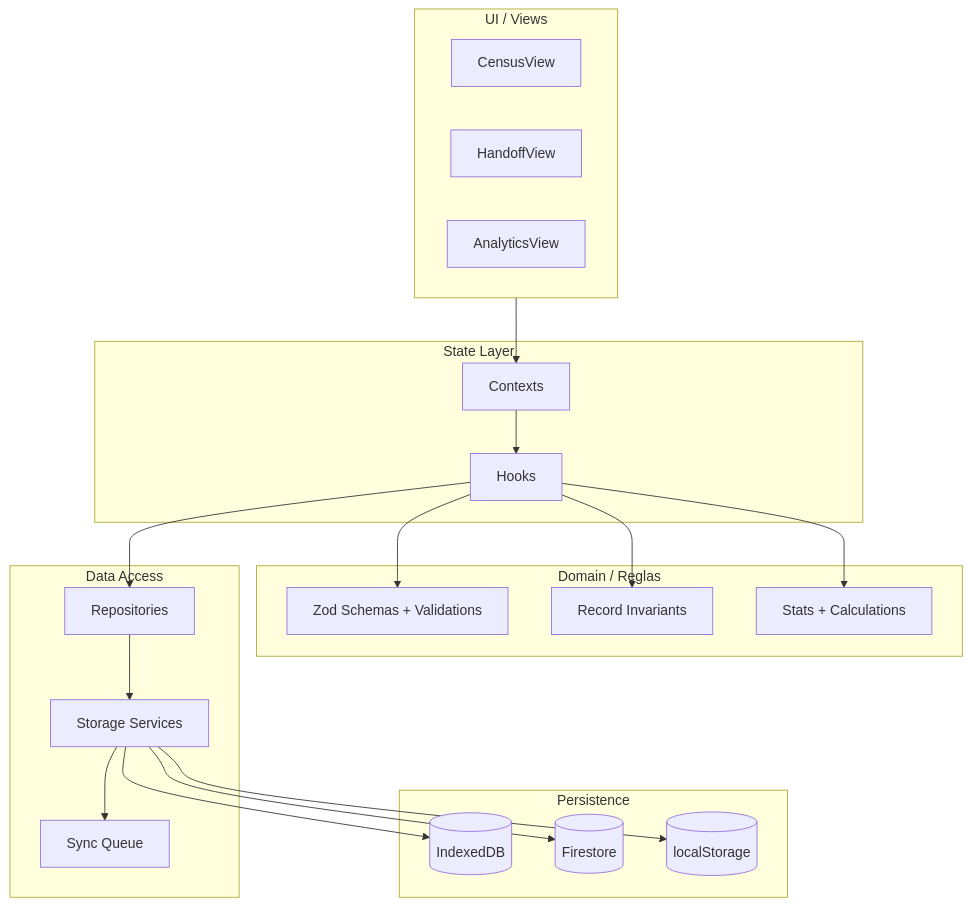
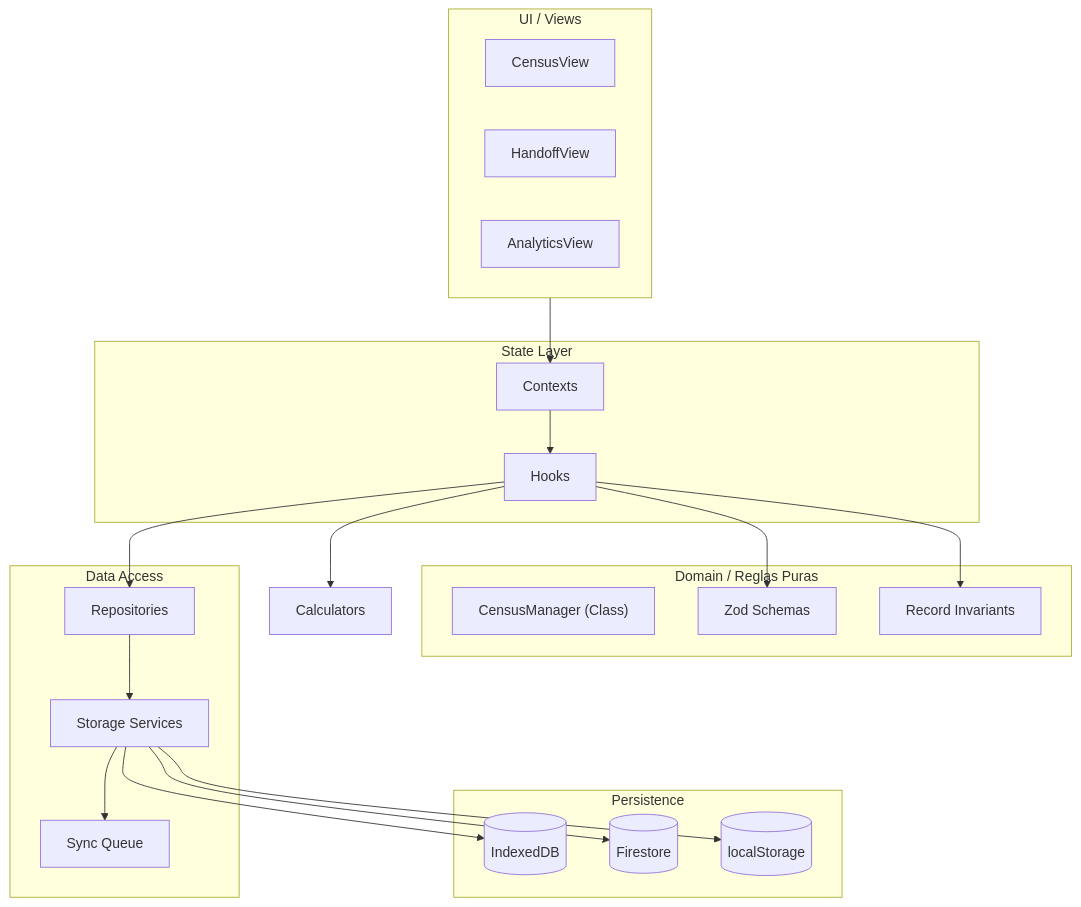
One commit to DanielOpazoD/HHR-entornodeprueba changed the second of 10 diagrams in docs/architecture.md. Above: the diagram before and after it, drawn with Mermaid. The commit also changed 206 other files, not shown here.

````diff
--- a/docs/architecture.md
+++ b/docs/architecture.md
@@ -87,42 +87,42 @@
 ```mermaid
 flowchart TB
     subgraph UI["UI / Views"]
         CensusView
         HandoffView
         AnalyticsView
     end
 
     subgraph State["State Layer"]
         Contexts
         Hooks
     end
 
-    subgraph Domain["Domain / Reglas"]
-        Validators["Zod Schemas + Validations"]
+    subgraph Domain["Domain / Reglas Puras"]
+        CensusManager["CensusManager (Class)"]
+        Validators["Zod Schemas"]
         Invariants["Record Invariants"]
-        Calculators["Stats + Calculations"]
     end
 
     subgraph Data["Data Access"]
         Repos["Repositories"]
         Services["Storage Services"]
         SyncQ["Sync Queue"]
     end
 
     subgraph Persistence["Persistence"]
         IDB[(IndexedDB)]
         FS[(Firestore)]
         LS[(localStorage)]
     end
 
     UI --> Contexts --> Hooks
     Hooks --> Validators
     Hooks --> Invariants
     Hooks --> Calculators
     Hooks --> Repos
     Repos --> Services
     Services --> SyncQ
     Services --> IDB
     Services --> FS
     Services --> LS
 ```
````
